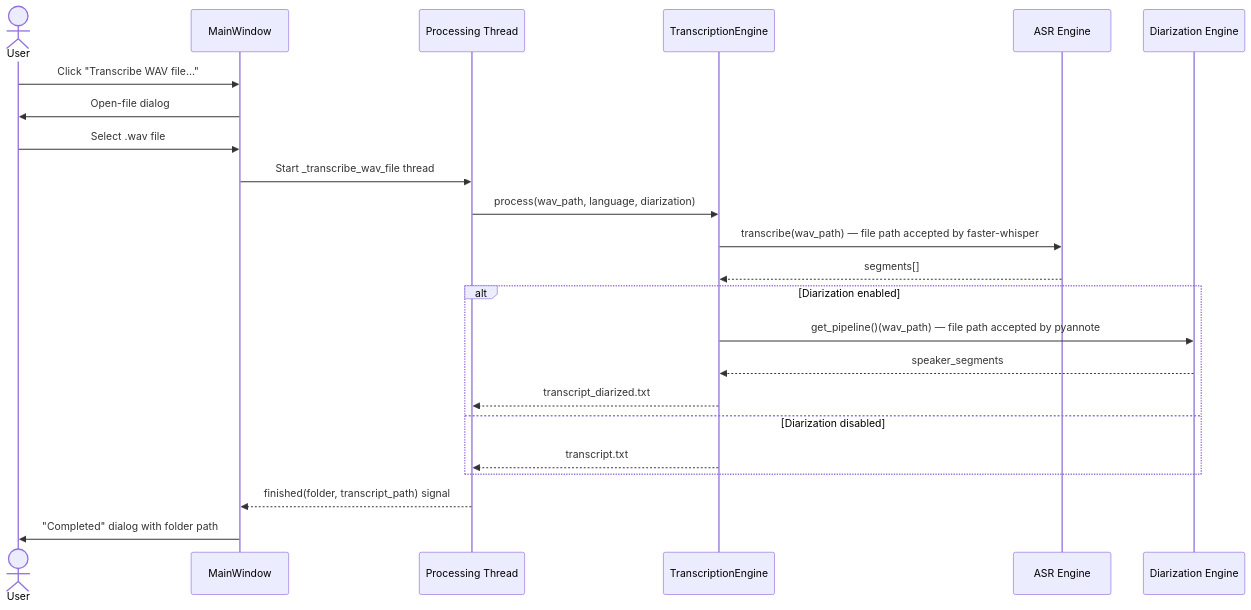
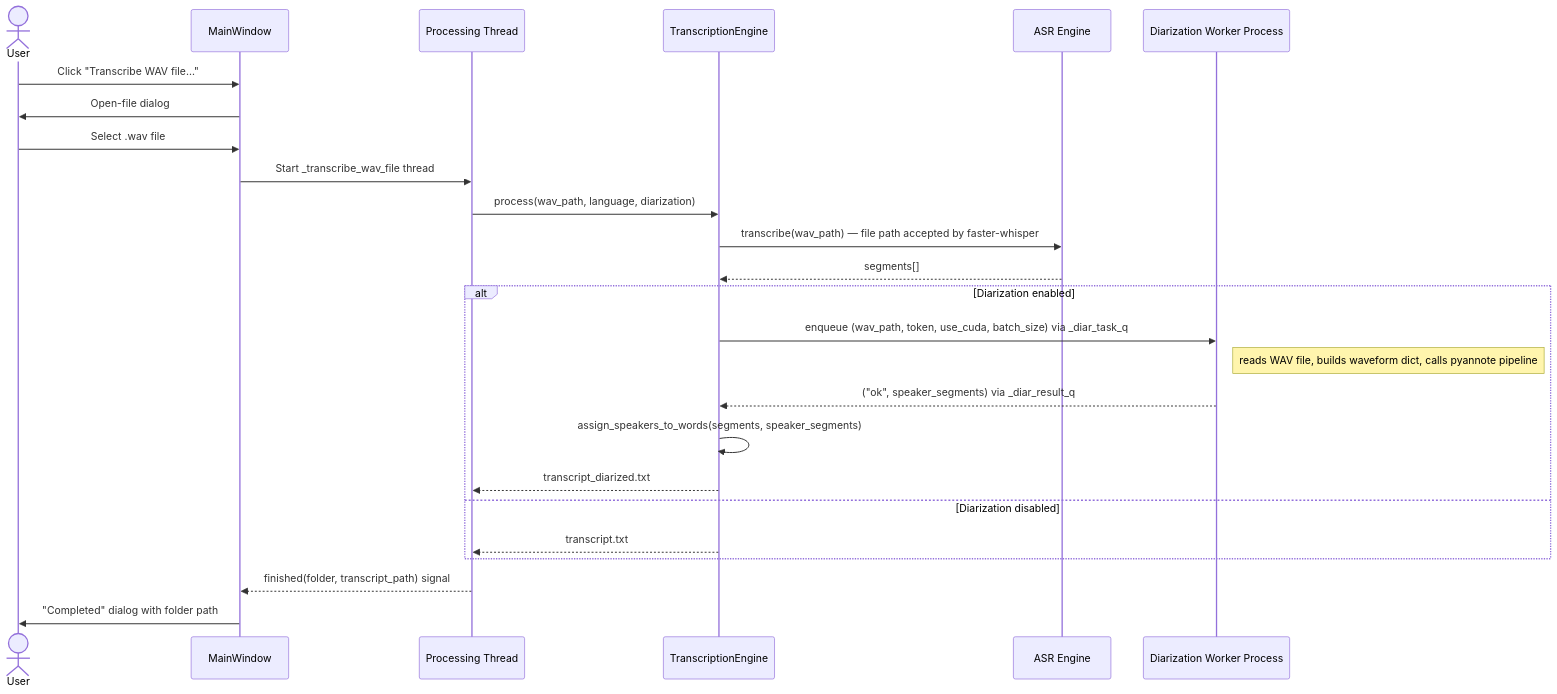
One commit to edoardomazzella/meeting-transcriber changed the sixth of 10 diagrams in docs/ARCHITECTURE.md. Above: the diagram before and after it, drawn with Mermaid. The commit also changed other lines of this file and 5 other files, not shown here.

````diff
--- a/docs/ARCHITECTURE.md
+++ b/docs/ARCHITECTURE.md
@@ -291,28 +290,30 @@
 ```mermaid
 sequenceDiagram
     actor User
     participant GUI as MainWindow
     participant BG as Processing Thread
     participant TE as TranscriptionEngine
     participant ASR as ASR Engine
-    participant Dia as Diarization Engine
+    participant WP as Diarization Worker Process
 
     User->>GUI: Click "Transcribe WAV file…"
     GUI->>User: Open-file dialog
     User->>GUI: Select .wav file
     GUI->>BG: Start _transcribe_wav_file thread
     BG->>TE: process(wav_path, language, diarization)
     TE->>ASR: transcribe(wav_path) — file path accepted by faster-whisper
     ASR-->>TE: segments[]
 
     alt Diarization enabled
-        TE->>Dia: get_pipeline()(wav_path) — file path accepted by pyannote
-        Dia-->>TE: speaker_segments
+        TE->>WP: enqueue (wav_path, token, use_cuda, batch_size) via _diar_task_q
+        Note right of WP: reads WAV file, builds waveform dict, calls pyannote pipeline
+        WP-->>TE: ("ok", speaker_segments) via _diar_result_q
+        TE->>TE: assign_speakers_to_words(segments, speaker_segments)
         TE-->>BG: transcript_diarized.txt
     else Diarization disabled
         TE-->>BG: transcript.txt
     end
 
     BG-->>GUI: finished(folder, transcript_path) signal
     GUI->>User: "Completed" dialog with folder path
 ```
````
